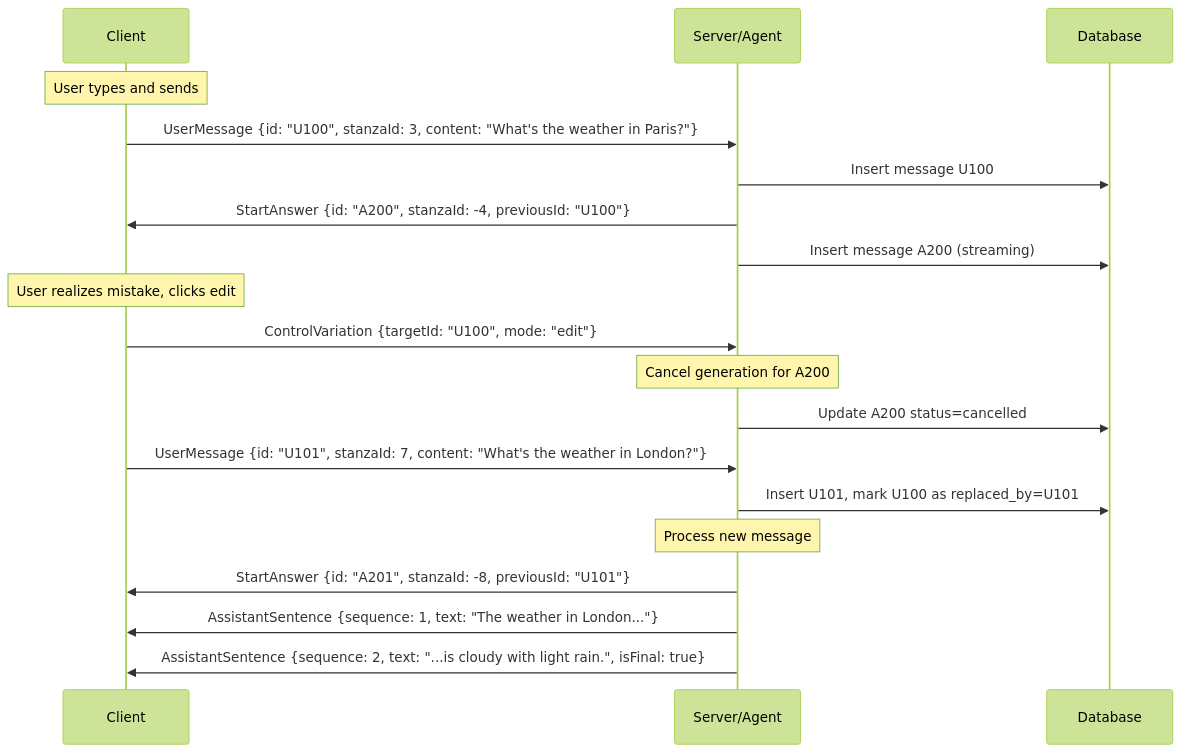
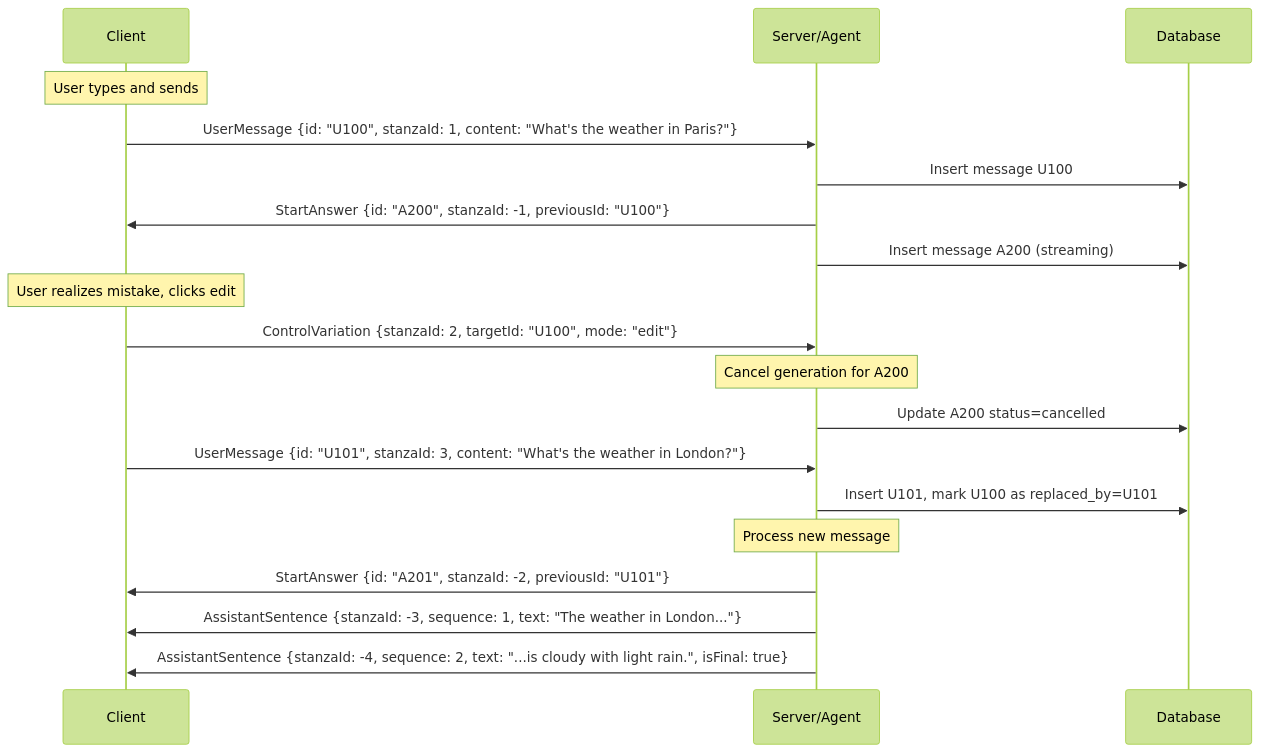
Before and after one commit to longregen/alicia: the fourth of 6 diagrams in docs/protocol/08-example-sessions.md, drawn with Mermaid (forest theme). The commit also changed other lines of this file and 429 other files, not shown here.

````diff
--- a/docs/protocol/08-example-sessions.md
+++ b/docs/protocol/08-example-sessions.md
@@ -205,26 +205,26 @@
 ```mermaid
 sequenceDiagram
     participant C as Client
     participant S as Server/Agent
     participant D as Database
 
     Note over C: User types and sends
-    C->>S: UserMessage {id: "U100", stanzaId: 3, content: "What's the weather in Paris?"}
+    C->>S: UserMessage {id: "U100", stanzaId: 1, content: "What's the weather in Paris?"}
     S->>D: Insert message U100
 
-    S->>C: StartAnswer {id: "A200", stanzaId: -4, previousId: "U100"}
+    S->>C: StartAnswer {id: "A200", stanzaId: -1, previousId: "U100"}
     S->>D: Insert message A200 (streaming)
 
     Note over C: User realizes mistake, clicks edit
-    C->>S: ControlVariation {targetId: "U100", mode: "edit"}
+    C->>S: ControlVariation {stanzaId: 2, targetId: "U100", mode: "edit"}
     Note over S: Cancel generation for A200
     S->>D: Update A200 status=cancelled
 
-    C->>S: UserMessage {id: "U101", stanzaId: 7, content: "What's the weather in London?"}
+    C->>S: UserMessage {id: "U101", stanzaId: 3, content: "What's the weather in London?"}
     S->>D: Insert U101, mark U100 as replaced_by=U101
 
     Note over S: Process new message
-    S->>C: StartAnswer {id: "A201", stanzaId: -8, previousId: "U101"}
-    S->>C: AssistantSentence {sequence: 1, text: "The weather in London..."}
-    S->>C: AssistantSentence {sequence: 2, text: "...is cloudy with light rain.", isFinal: true}
+    S->>C: StartAnswer {id: "A201", stanzaId: -2, previousId: "U101"}
+    S->>C: AssistantSentence {stanzaId: -3, sequence: 1, text: "The weather in London..."}
+    S->>C: AssistantSentence {stanzaId: -4, sequence: 2, text: "...is cloudy with light rain.", isFinal: true}
 ```
````
